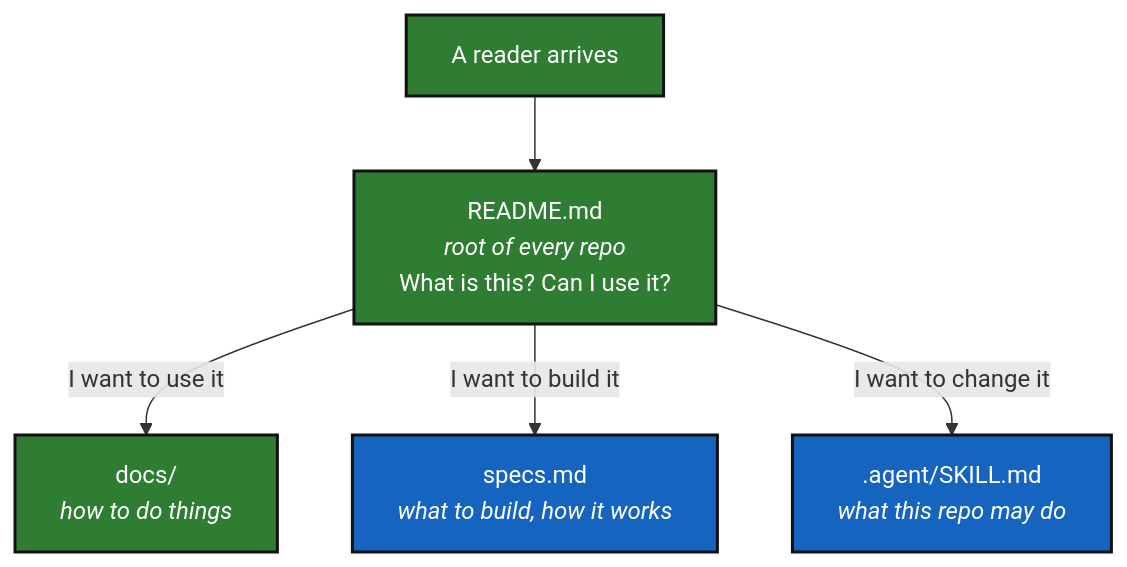
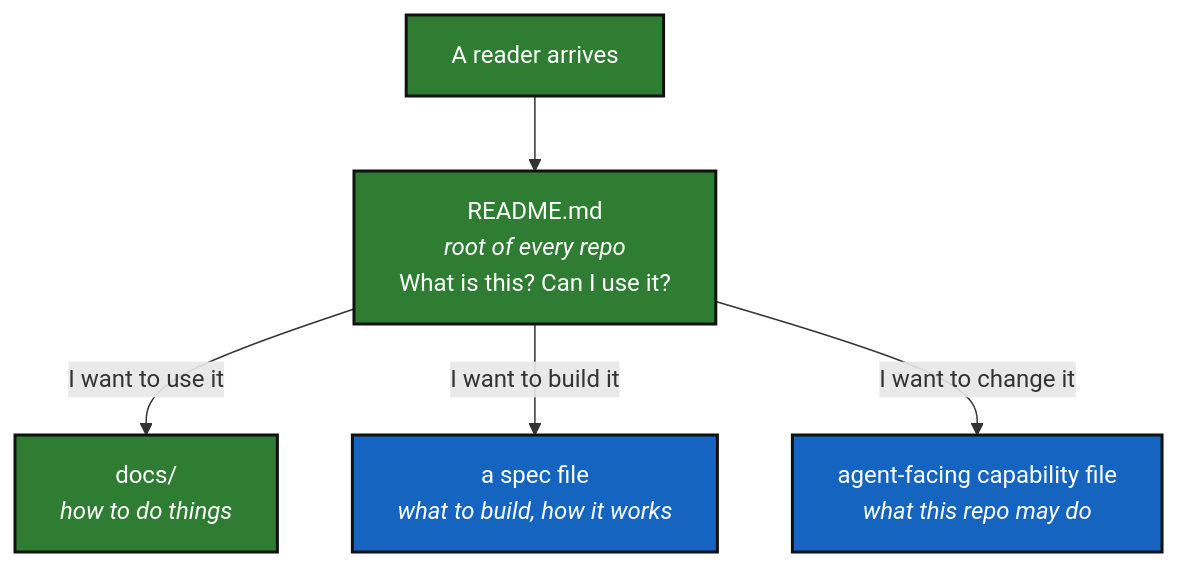
The diagram in AgentSpecs/DOCSTYLE.md (flipoyo/ComplexGitSync), drawn with Mermaid before and after one commit. The commit also changed other lines of this file and 11 other files, not shown here.

First line of the commit message:
split audit.md/DOCSTYLE.md/AGENT.md into template vs. project instance (WP-SPEC1-4)

````diff
--- a/AgentSpecs/DOCSTYLE.md
+++ b/AgentSpecs/DOCSTYLE.md
@@ -17,12 +18,12 @@
 ```mermaid
 graph TD
     U["A reader arrives"] --> R["README.md<br/><i>root of every repo</i><br/>What is this? Can I use it?"]
     R -->|"I want to use it"| D["docs/<br/><i>how to do things</i>"]
-    R -->|"I want to build it"| S["specs.md<br/><i>what to build, how it works</i>"]
-    R -->|"I want to change it"| A[".agent/SKILL.md<br/><i>what this repo may do</i>"]
+    R -->|"I want to build it"| S["a spec file<br/><i>what to build, how it works</i>"]
+    R -->|"I want to change it"| A["agent-facing capability file<br/><i>what this repo may do</i>"]
 
     classDef user fill:#2E7D32,color:#fff,stroke:#111,stroke-width:2px;
     classDef dev fill:#1565C0,color:#fff,stroke:#111,stroke-width:2px;
     class U,R,D user;
     class S,A dev;
 ```
````
